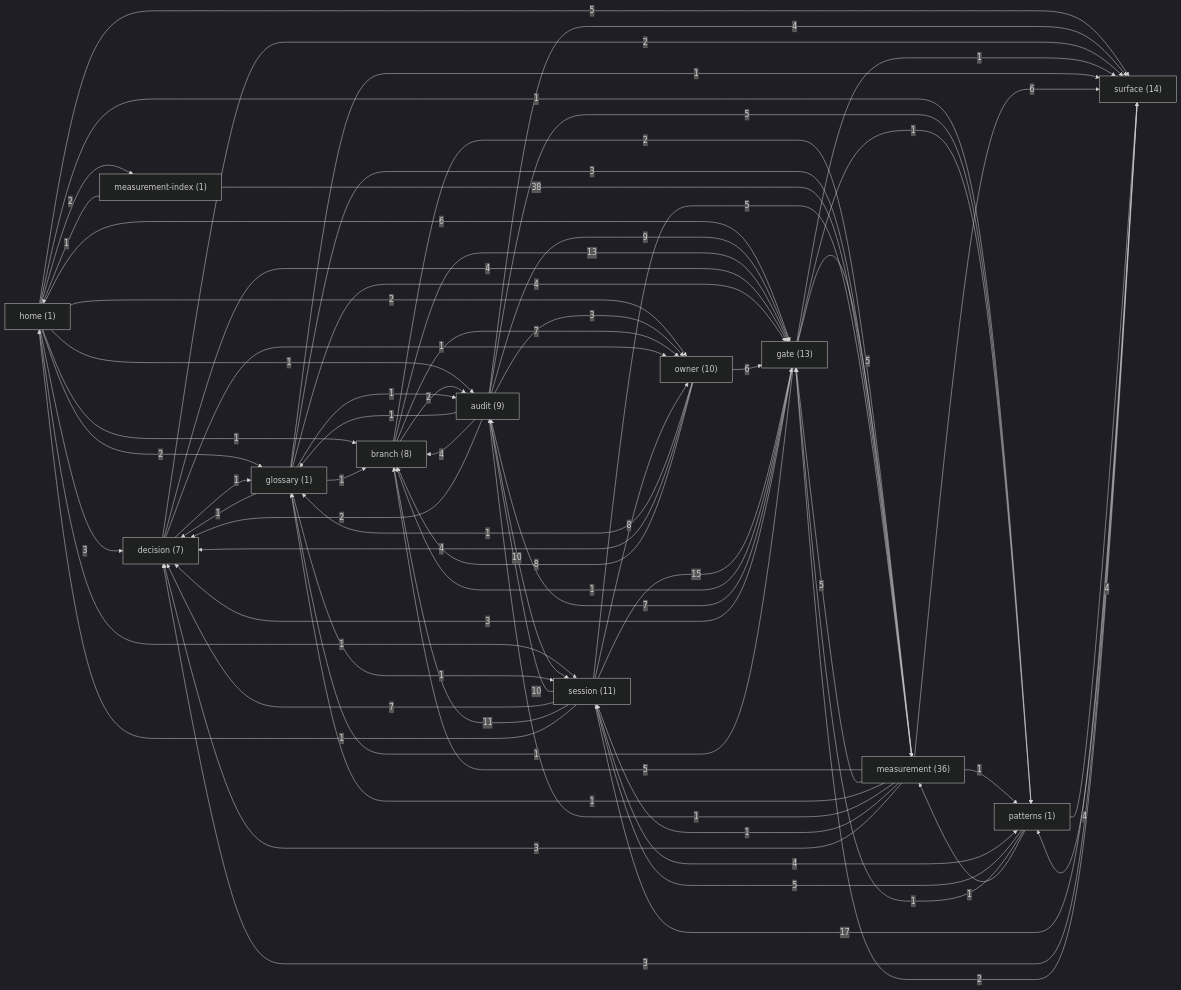
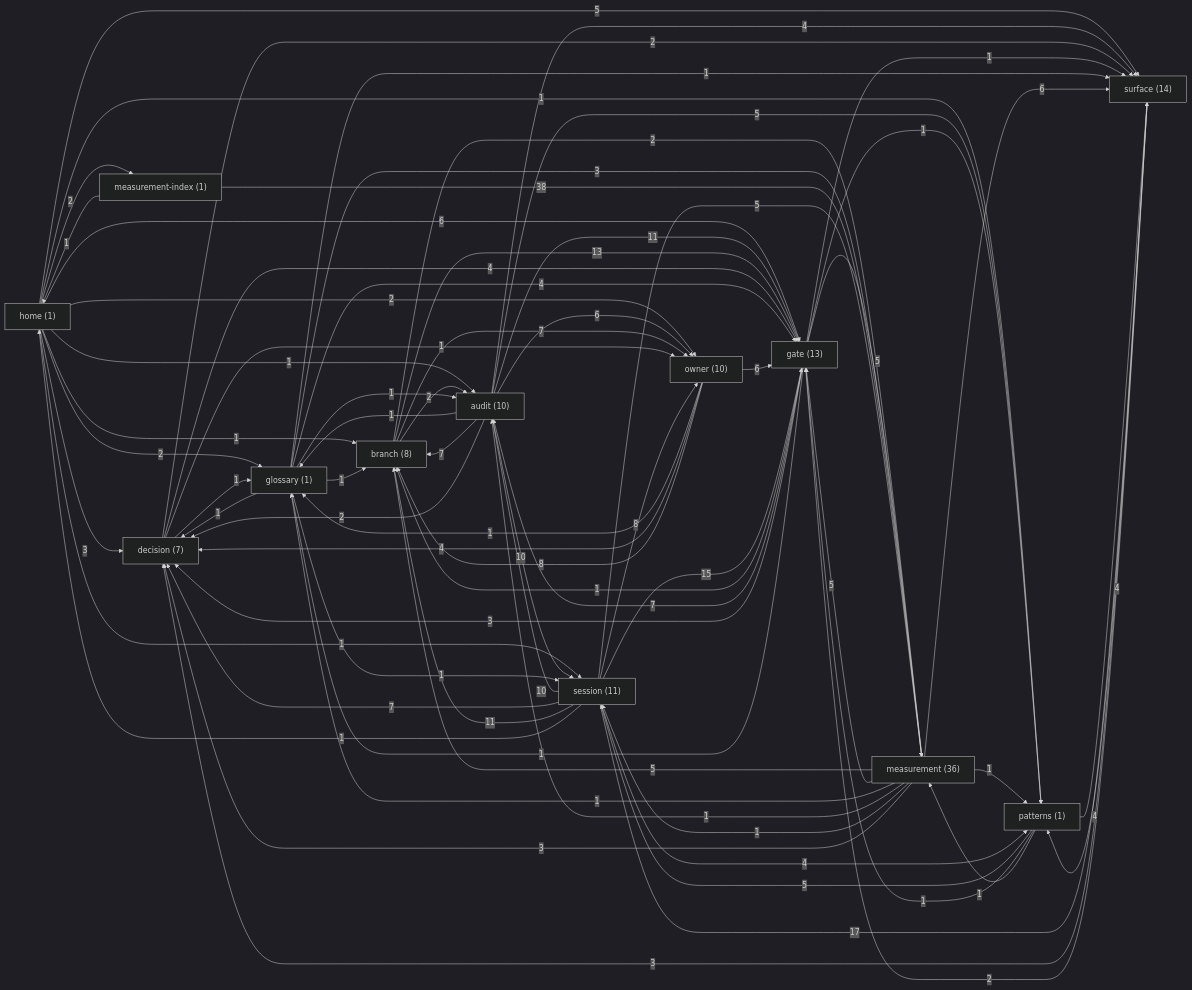
One commit to sergey9519546/STORYMACHINE changed the diagram in docs/brain/GRAPH.md. Above: the diagram before and after it, drawn with Mermaid (dark theme). The commit also changed other lines of this file and 13 other files, not shown here.

First line of the commit message:
docs(owner): the command in README, ARCHITECTURE, the manifest README and the gate report

````diff
--- a/docs/brain/GRAPH.md
+++ b/docs/brain/GRAPH.md
@@ -9,7 +9,7 @@
 ```mermaid
 graph LR
   home["home (1)"]
-  audit["audit (9)"]
+  audit["audit (10)"]
   branch["branch (8)"]
   decision["decision (7)"]
   gate["gate (13)"]
@@ -32,11 +32,11 @@
   home -->|1| patterns
   audit -->|1| glossary
   audit -->|10| session
-  audit -->|4| branch
-  audit -->|9| gate
+  audit -->|7| branch
+  audit -->|11| gate
   audit -->|2| decision
   audit -->|5| patterns
-  audit -->|3| owner
+  audit -->|6| owner
   audit -->|4| surface
   branch -->|2| audit
   branch -->|7| owner
````
